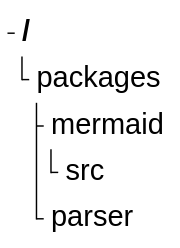
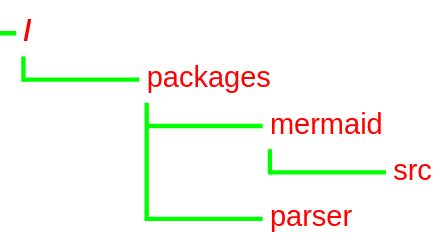
One commit to mermaid-js/mermaid changed the second of 2 diagrams in docs/syntax/treeView.md. Above: the diagram before and after it, drawn with Mermaid. The commit also changed other lines of this file and 3 other files, not shown here.

````diff
--- a/docs/syntax/treeView.md
+++ b/docs/syntax/treeView.md
@@ -60,15 +63,18 @@
 ```mermaid
 ---
 config:
     treeView:
-        rowIndent: 5
+        rowIndent: 80
+        lineThickness: 3
     themeVariables:
         treeView:
             labelFontSize: '20px'
+            labelColor: '#FF0000'
+            lineColor: '#00FF00'
 ---
 treeView-beta
     "packages"
         "mermaid"
             "src"
         "parser"
 ```
````
